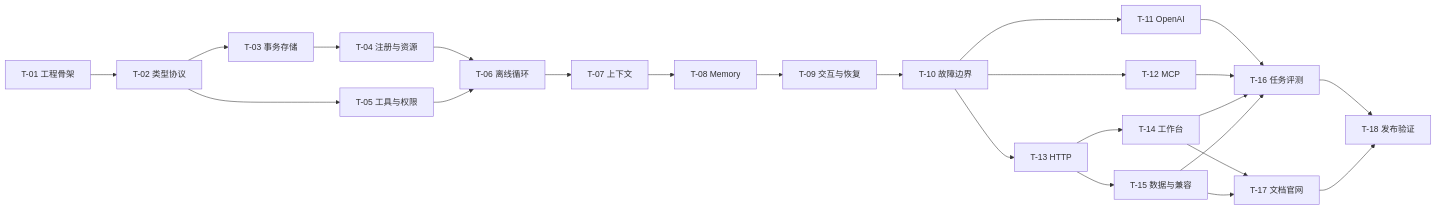
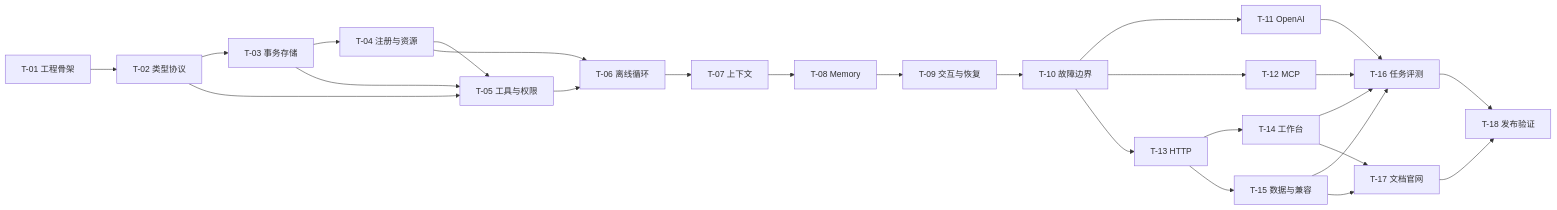
The diagram in docs/planning/implementation-plan.md (drov-ai/drov), drawn with Mermaid before and after one commit. The commit also changed other lines of this file and 28 other files, not shown here.

````diff
--- a/docs/planning/implementation-plan.md
+++ b/docs/planning/implementation-plan.md
@@ -19,26 +19,28 @@
 ```mermaid
 flowchart LR
     T01[T-01 工程骨架] --> T02[T-02 类型协议]
     T02 --> T03[T-03 事务存储]
     T03 --> T04[T-04 注册与资源]
     T02 --> T05[T-05 工具与权限]
+    T03 --> T05
+    T04 --> T05
     T04 --> T06[T-06 离线循环]
     T05 --> T06
     T06 --> T07[T-07 上下文]
     T07 --> T08[T-08 Memory]
     T08 --> T09[T-09 交互与恢复]
     T09 --> T10[T-10 故障边界]
     T10 --> T11[T-11 OpenAI]
     T10 --> T12[T-12 MCP]
     T10 --> T13[T-13 HTTP]
     T13 --> T14[T-14 工作台]
     T13 --> T15[T-15 数据与兼容]
     T11 --> T16[T-16 任务评测]
     T12 --> T16
     T14 --> T16
     T15 --> T16
     T14 --> T17[T-17 文档官网]
     T15 --> T17
     T16 --> T18[T-18 发布验证]
     T17 --> T18
 ```
````
